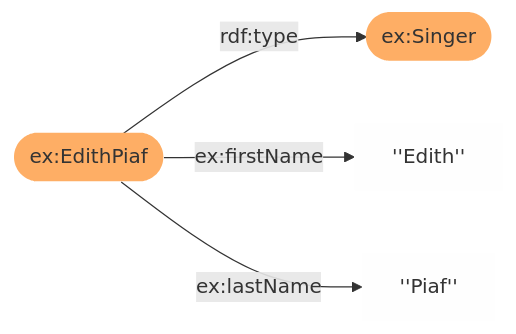
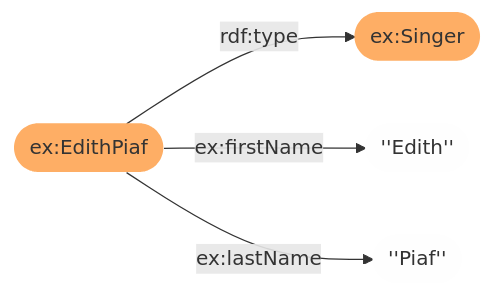
One commit to corese-stack/corese-core changed the first of 3 diagrams in docs/source/getting_started/getting_started_with_corese-core.md. Above: the diagram before and after it, drawn with Mermaid. The commit also changed other lines of this file, not shown here.

Commit message:
- Improved SPARQL query result display in the Getting Started guide - Fixed syntax errors in the Mermaid diagram for RDF relationships

````diff
--- a/docs/source/getting_started/getting_started_with_corese-core.md
+++ b/docs/source/getting_started/getting_started_with_corese-core.md
@@ -27,17 +25,17 @@
 ```mermaid
 graph LR;
     classDef IRI fill:#FEAE65,stroke-width:0px
     classDef DT fill:#FEFEFE,stroke-width:0px
 
     iri:EdithPiaf(["ex:EdithPiaf"])
     iri:Singer(["ex:Singer"])
-    dt:Edith["''Edith''"]
-    dt:Piaf["''Piaf''"]
+    dt:Edith(["''Edith''"])
+    dt:Piaf(["''Piaf''"])
 
     class iri:EdithPiaf,iri:Singer IRI
     class dt:Edith,dt:Piaf DT
 
     iri:EdithPiaf--rdf:type-->iri:Singer;
     iri:EdithPiaf--ex:firstName-->dt:Edith;
     iri:EdithPiaf--ex:lastName-->dt:Piaf;
 ```
````
